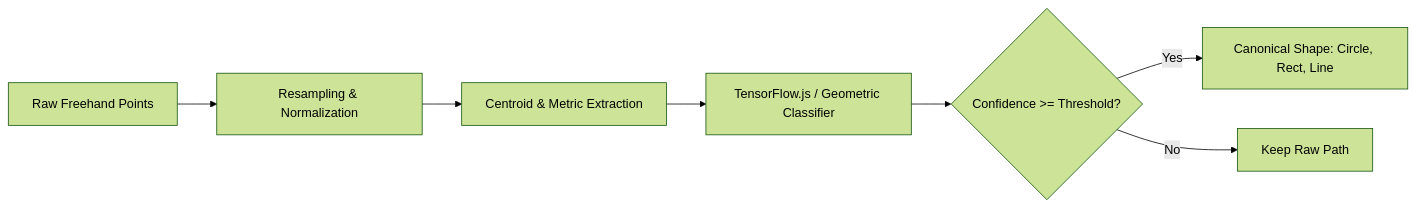
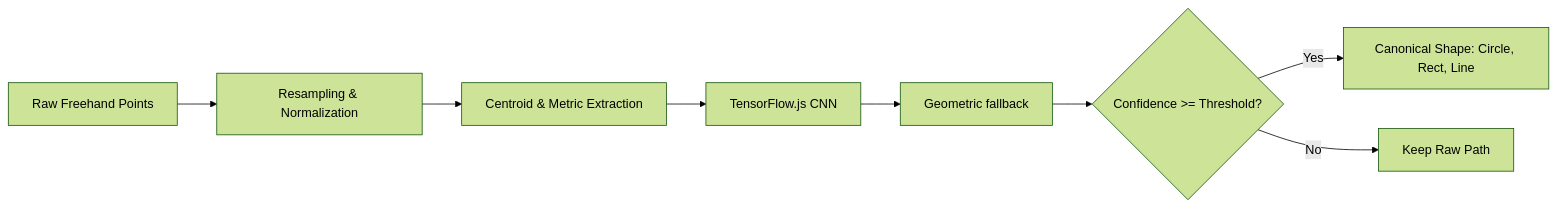
The diagram in docs/04-frontend/ai-shape-recognition.md (LokeshBhavsar-code/BoardCollab_Lokesh_Bhavsar), drawn with Mermaid (forest theme) before and after one commit. The commit also changed other lines of this file and 103 other files, not shown here.

Commit message:
docs: update README, code review, TensorFlow.js, and bonus features

````diff
--- a/docs/04-frontend/ai-shape-recognition.md
+++ b/docs/04-frontend/ai-shape-recognition.md
@@ -8,9 +8,10 @@
 ```mermaid
 flowchart LR
   RawStroke[Raw Freehand Points] --> Preprocessor[Resampling & Normalization]
   Preprocessor --> MetricExtraction[Centroid & Metric Extraction]
-  MetricExtraction --> Classifier[TensorFlow.js / Geometric Classifier]
-  Classifier --> ConfidenceGate{Confidence >= Threshold?}
+  MetricExtraction --> Classifier[TensorFlow.js CNN]
+  Classifier --> Heuristic[Geometric fallback]
+  Heuristic --> ConfidenceGate{Confidence >= Threshold?}
   ConfidenceGate -- Yes --> CanonicalShape[Canonical Shape: Circle, Rect, Line]
   ConfidenceGate -- No --> FreehandFallback[Keep Raw Path]
 ```
````
